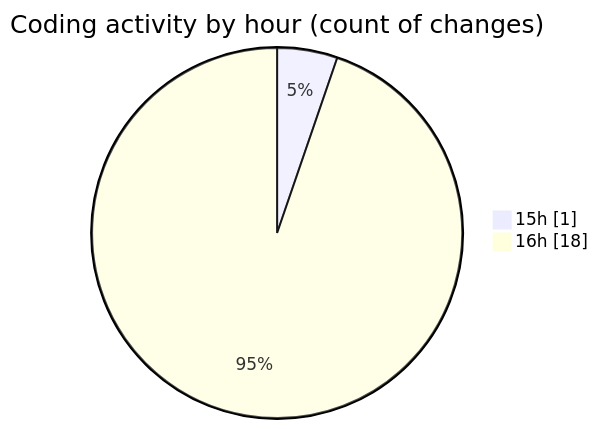
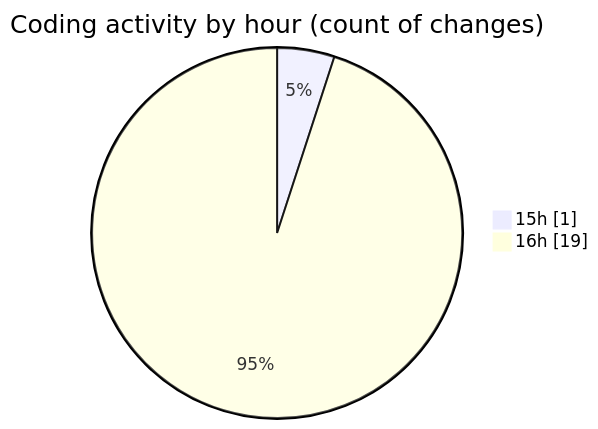
Before and after one commit to EIIisD/code-tracking: the second of 2 diagrams in 2025-07-21/fish/README.md, drawn with Mermaid. The commit also changed other lines of this file and 1 other file, not shown here.

````diff
--- a/2025-07-21/fish/README.md
+++ b/2025-07-21/fish/README.md
@@ -33,6 +33,6 @@
 ```mermaid
 pie showData
 title Coding activity by hour (count of changes)
 "15h" : 1
-"16h" : 18
+"16h" : 19
 ```
````
